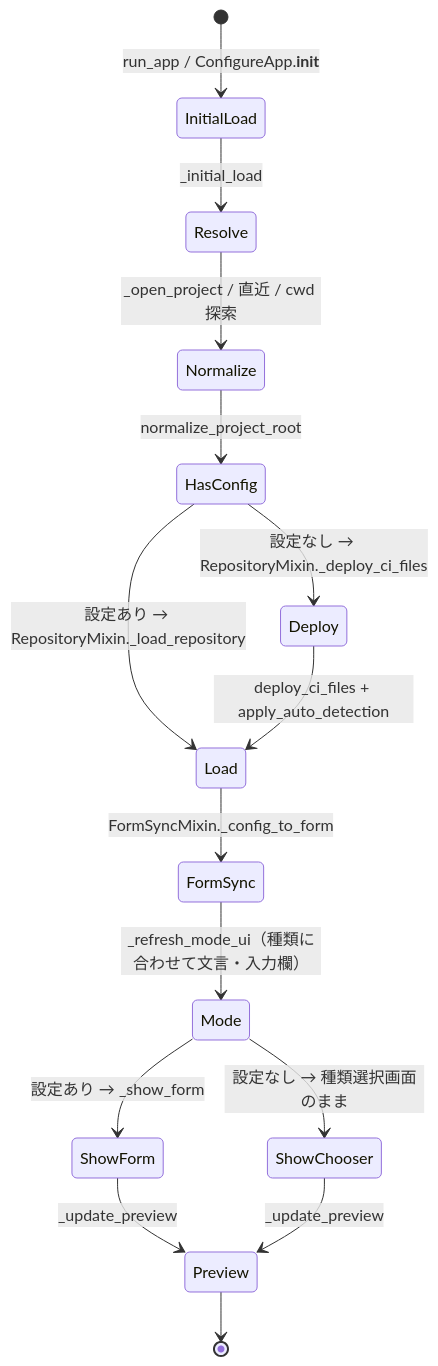
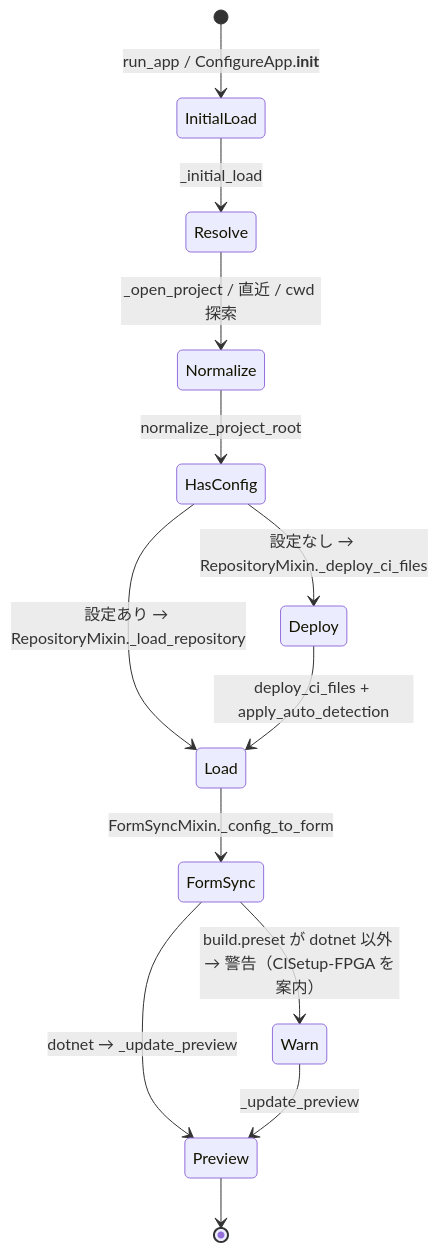
Before and after one commit to gt-ynakamatsu/ci-setup-tool: the fifth of 12 diagrams in docs/DESIGN.md, drawn with Mermaid. The commit also changed other lines of this file and 52 other files, not shown here.

````diff
--- a/docs/DESIGN.md
+++ b/docs/DESIGN.md
@@ -753,17 +726,15 @@
 ```mermaid
 stateDiagram-v2
     [*] --> InitialLoad: run_app / ConfigureApp.__init__
     InitialLoad --> Resolve: _initial_load
     Resolve --> Normalize: _open_project / 直近 / cwd 探索
     Normalize --> HasConfig: normalize_project_root
     HasConfig --> Deploy: 設定なし → RepositoryMixin._deploy_ci_files
     HasConfig --> Load: 設定あり → RepositoryMixin._load_repository
     Deploy --> Load: deploy_ci_files + apply_auto_detection
     Load --> FormSync: FormSyncMixin._config_to_form
-    FormSync --> Mode: _refresh_mode_ui（種類に合わせて文言・入力欄）
-    Mode --> ShowForm: 設定あり → _show_form
-    Mode --> ShowChooser: 設定なし → 種類選択画面のまま
-    ShowForm --> Preview: _update_preview
-    ShowChooser --> Preview: _update_preview
+    FormSync --> Warn: build.preset が dotnet 以外 → 警告（CISetup-FPGA を案内）
+    FormSync --> Preview: dotnet → _update_preview
+    Warn --> Preview: _update_preview
     Preview --> [*]
 ```
````
